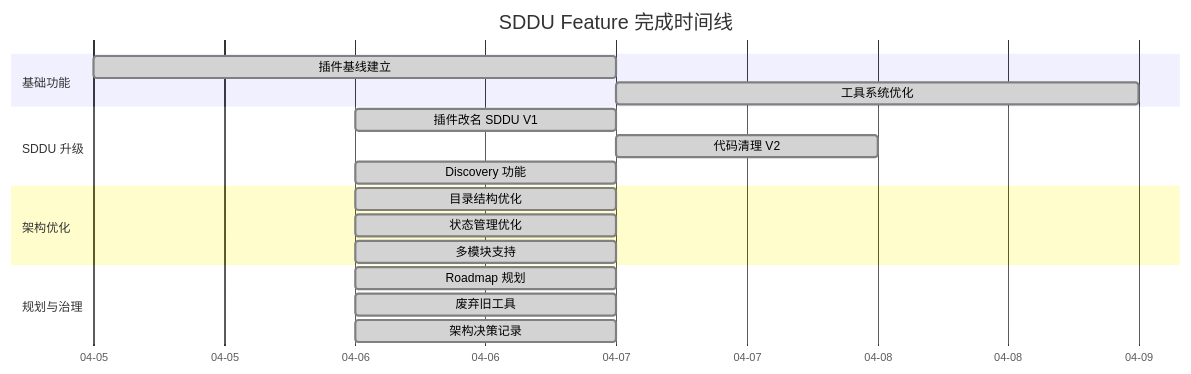
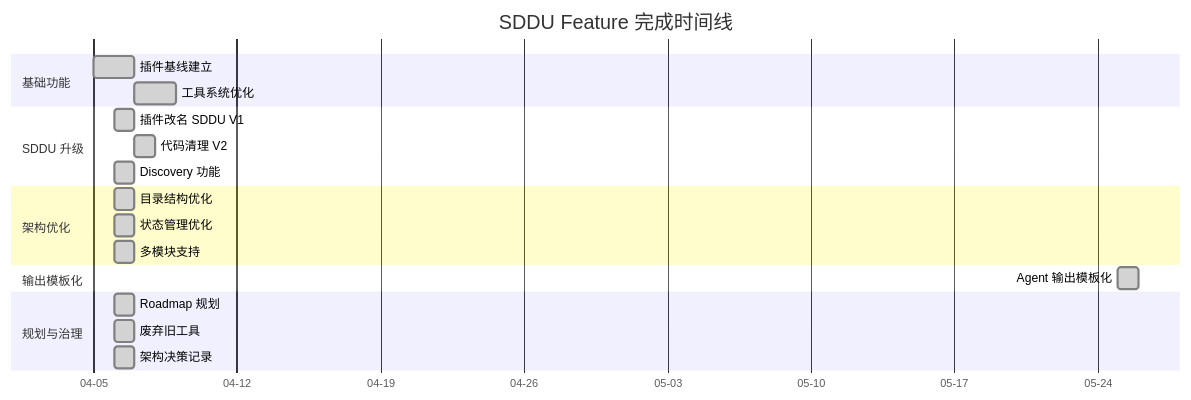
One commit to THZSummer/sddu changed the fourth of 5 diagrams in README.md. Above: the diagram before and after it, drawn with Mermaid. The commit also changed other lines of this file, not shown here.

Commit message:
docs: update README for agent-output-templating v1.3.0

````diff
--- a/README.md
+++ b/README.md
@@ -373,25 +374,28 @@
 ```mermaid
 gantt
     title SDDU Feature 完成时间线
     dateFormat  YYYY-MM-DD
     axisFormat  %m-%d
     
     section 基础功能
     插件基线建立          :done, baseline, 2026-04-05, 2d
     工具系统优化          :done, tools, after baseline, 2d
     
     section SDDU 升级
     插件改名 SDDU V1      :done, rename_v1, 2026-04-06, 1d
     代码清理 V2           :done, rename_v2, after rename_v1, 1d
     Discovery 功能        :done, discovery, 2026-04-06, 1d
     
     section 架构优化
     目录结构优化          :done, dir_opt, 2026-04-06, 1d
     状态管理优化          :done, state_opt, 2026-04-06, 1d
     多模块支持            :done, multi_module, 2026-04-06, 1d
     
+    section 输出模板化
+    Agent 输出模板化      :done, template, 2026-05-25, 1d
+    
     section 规划与治理
     Roadmap 规划          :done, roadmap, 2026-04-06, 1d
     废弃旧工具            :done, deprecate, 2026-04-06, 1d
     架构决策记录          :done, adr, 2026-04-06, 1d
 ```
````
